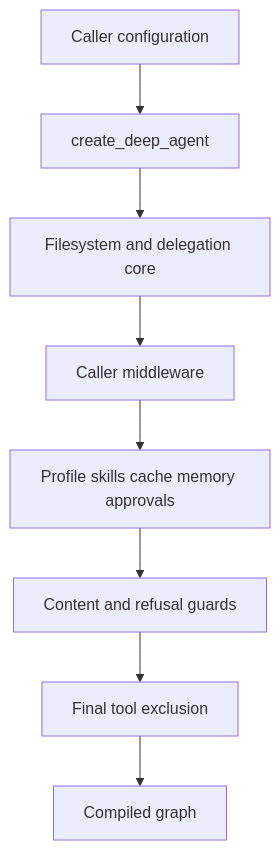
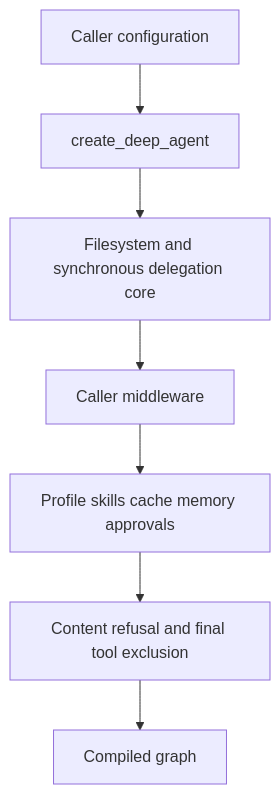
The first of 3 diagrams in openwiki/architecture/source-map.md (langchain-ai/deepagents), drawn with Mermaid before and after one commit. The commit also changed other lines of this file and 34 other files, not shown here.

````diff
--- a/openwiki/architecture/source-map.md
+++ b/openwiki/architecture/source-map.md
@@ -104,10 +67,9 @@
 ```mermaid
 flowchart TD
   Input["Caller configuration"] --> Build["create_deep_agent"]
-  Build --> Core["Filesystem and delegation core"]
+  Build --> Core["Filesystem and synchronous delegation core"]
   Core --> Custom["Caller middleware"]
   Custom --> Tail["Profile skills cache memory approvals"]
-  Tail --> Guards["Content and refusal guards"]
-  Guards --> Filter["Final tool exclusion"]
-  Filter --> Graph["Compiled graph"]
+  Tail --> Guards["Content refusal and final tool exclusion"]
+  Guards --> Graph["Compiled graph"]
 ```
````
